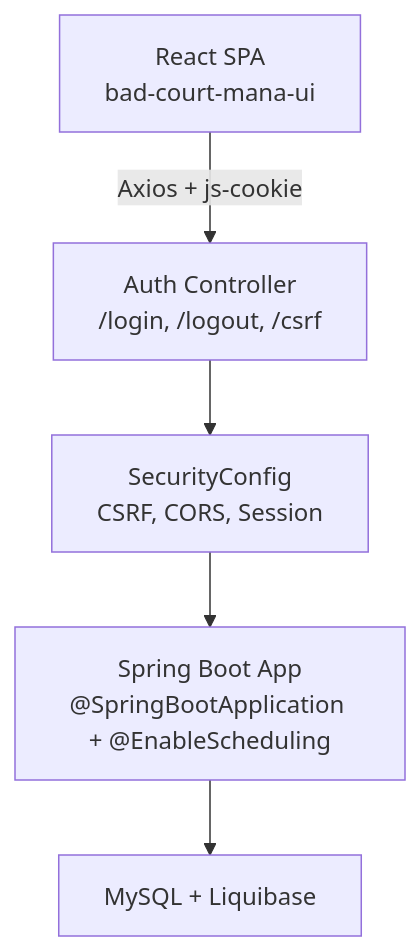
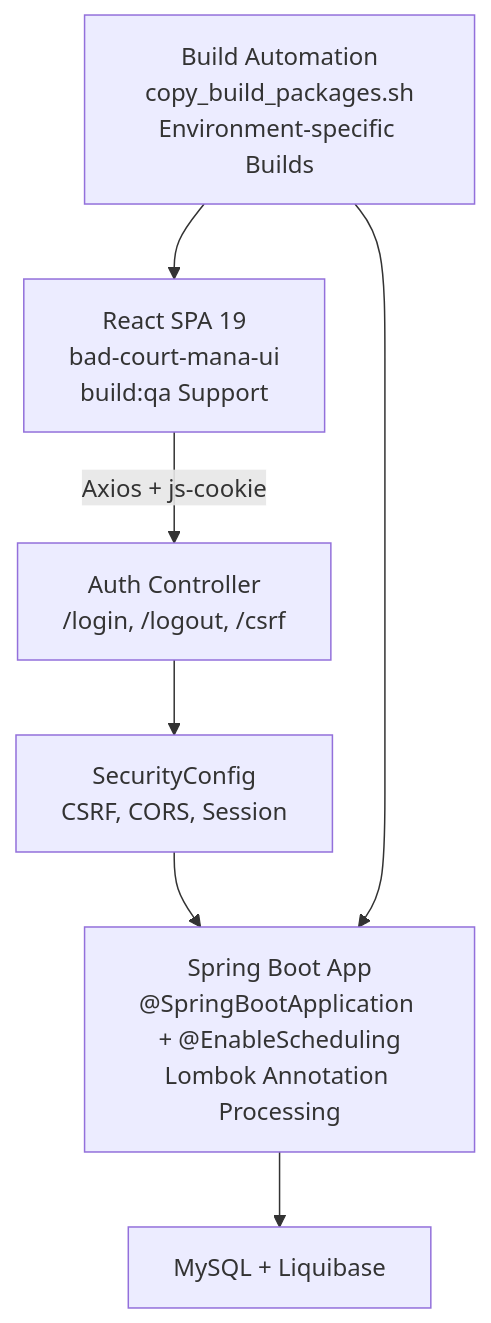
Before and after one commit to Vissel/badminton-court-management: the second of 8 diagrams in .qoder/repowiki/en/content/Development Guidelines.md, drawn with Mermaid. The commit also changed other lines of this file and 36 other files, not shown here.

````diff
--- a/.qoder/repowiki/en/content/Development Guidelines.md
+++ b/.qoder/repowiki/en/content/Development Guidelines.md
@@ -99,12 +121,15 @@
 ```mermaid
 graph TB
-FE["React SPA<br/>bad-court-mana-ui"]
+FE["React SPA 19<br/>bad-court-mana-ui<br/>build:qa Support"]
 AUTH["Auth Controller<br/>/login, /logout, /csrf"]
 SEC["SecurityConfig<br/>CSRF, CORS, Session"]
-APP["Spring Boot App<br/>@SpringBootApplication + @EnableScheduling"]
+APP["Spring Boot App<br/>@SpringBootApplication + @EnableScheduling<br/>Lombok Annotation Processing"]
 DB["MySQL + Liquibase"]
+DEPLOY["Build Automation<br/>copy_build_packages.sh<br/>Environment-specific Builds"]
 FE --> |"Axios + js-cookie"| AUTH
 AUTH --> SEC
 SEC --> APP
 APP --> DB
+DEPLOY --> APP
+DEPLOY --> FE
 ```
````
